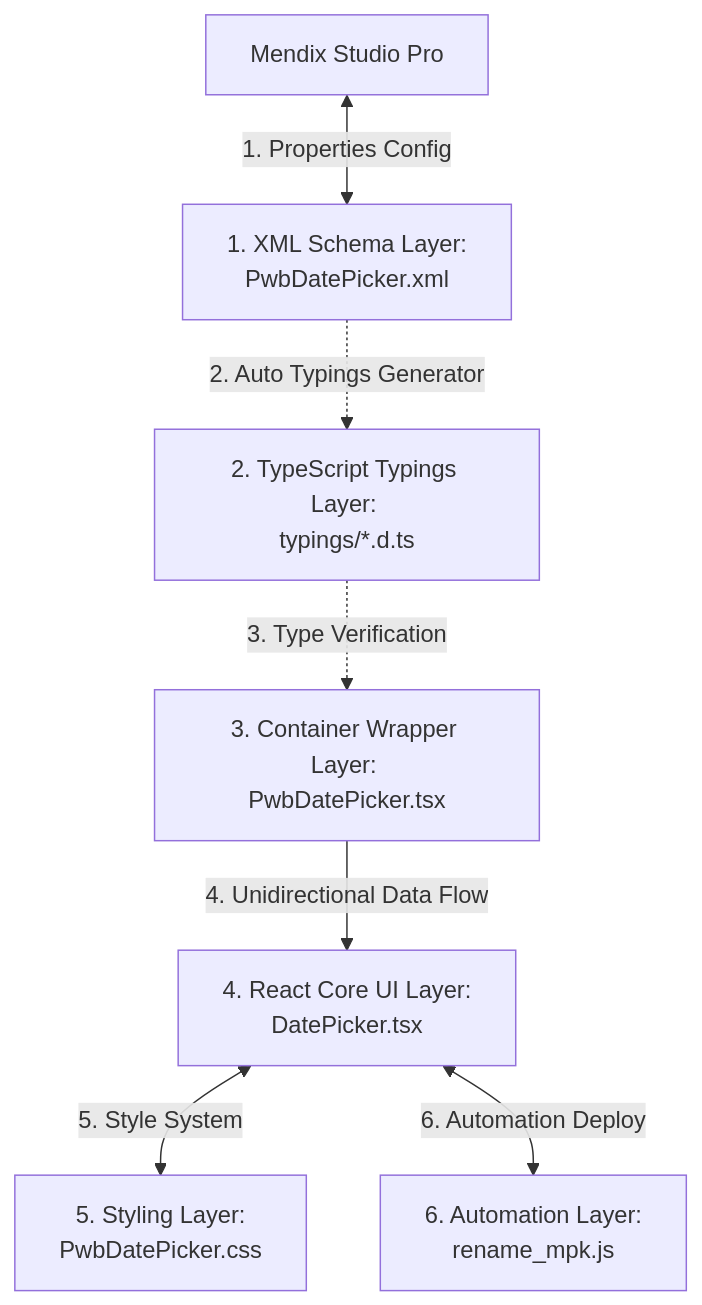
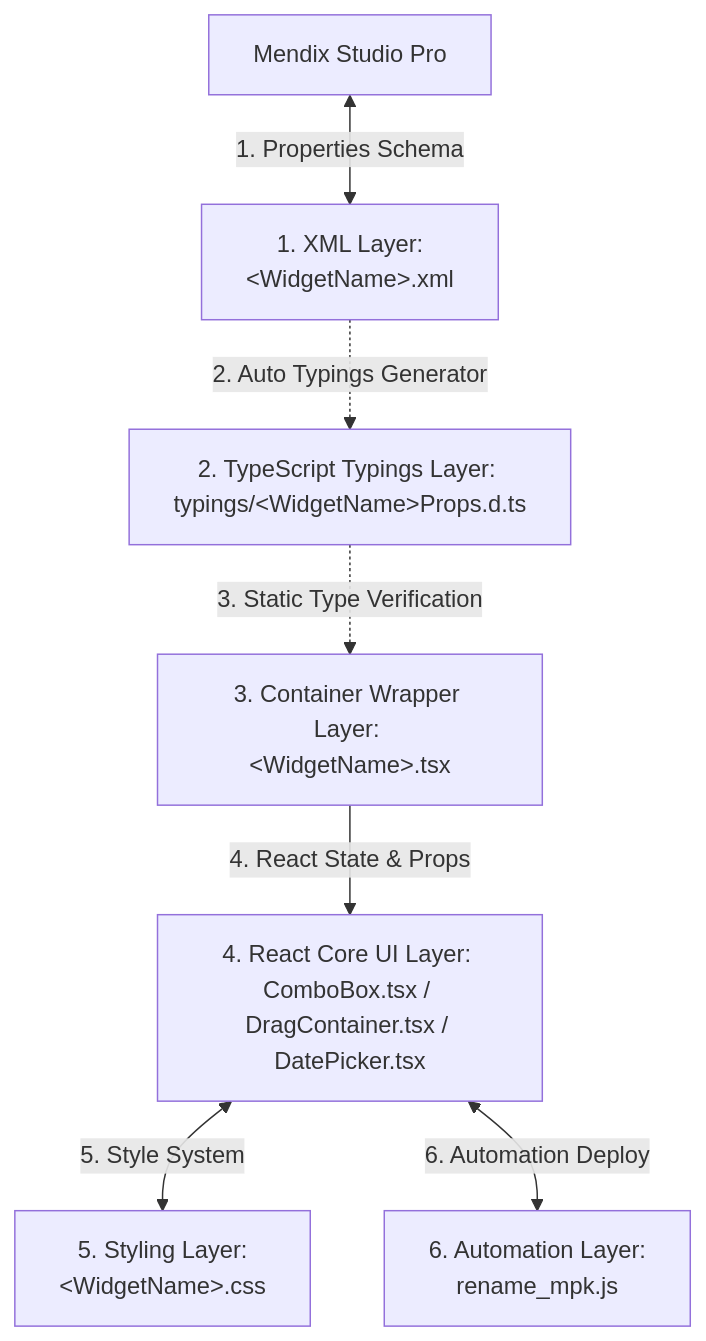
The diagram in Document/developer_file_reference.md (Lapat1560700104/Customize-mendix-widget-pwb-antigravity), drawn with Mermaid before and after one commit. The commit also changed other lines of this file, not shown here.

````diff
--- a/Document/developer_file_reference.md
+++ b/Document/developer_file_reference.md
@@ -11,9 +14,9 @@
 ```mermaid
 graph TD
-    Mendix["Mendix Studio Pro"] <-->|1. Properties Config| XML["1. XML Schema Layer: <br/>PwbDatePicker.xml"]
-    XML -.->|2. Auto Typings Generator| Typings["2. TypeScript Typings Layer: <br/>typings/*.d.ts"]
-    Typings -.->|3. Type Verification| Wrapper["3. Container Wrapper Layer: <br/>PwbDatePicker.tsx"]
-    Wrapper -->|4. Unidirectional Data Flow| Present["4. React Core UI Layer: <br/>DatePicker.tsx"]
-    Present <-->|5. Style System| CSS["5. Styling Layer: <br/>PwbDatePicker.css"]
+    Mendix["Mendix Studio Pro"] <-->|1. Properties Schema| XML["1. XML Layer: <br/>&lt;WidgetName&gt;.xml"]
+    XML -.->|2. Auto Typings Generator| Typings["2. TypeScript Typings Layer: <br/>typings/&lt;WidgetName&gt;Props.d.ts"]
+    Typings -.->|3. Static Type Verification| Wrapper["3. Container Wrapper Layer: <br/>&lt;WidgetName&gt;.tsx"]
+    Wrapper -->|4. React State & Props| Present["4. React Core UI Layer: <br/>ComboBox.tsx / DragContainer.tsx / DatePicker.tsx"]
+    Present <-->|5. Style System| CSS["5. Styling Layer: <br/>&lt;WidgetName&gt;.css"]
     Present <-->|6. Automation Deploy| Auto["6. Automation Layer: <br/>rename_mpk.js"]
 ```
````
